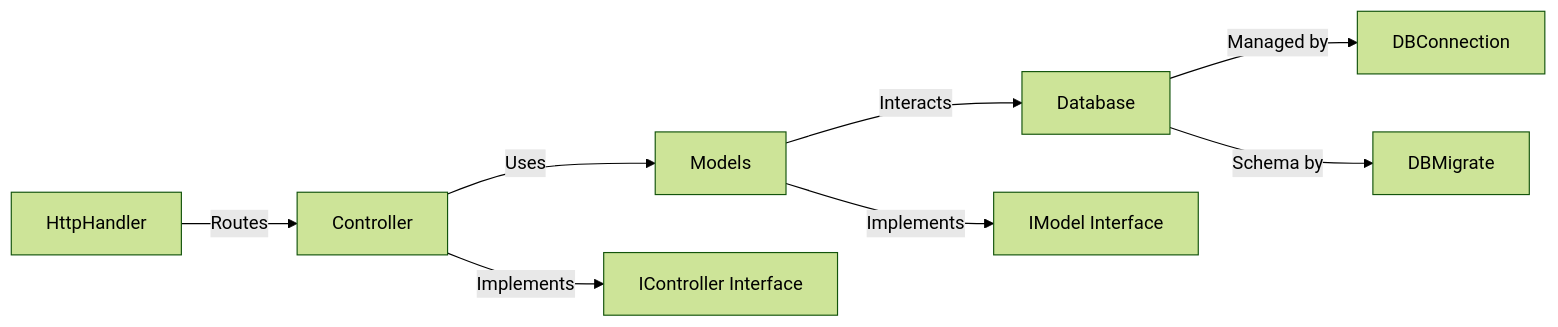
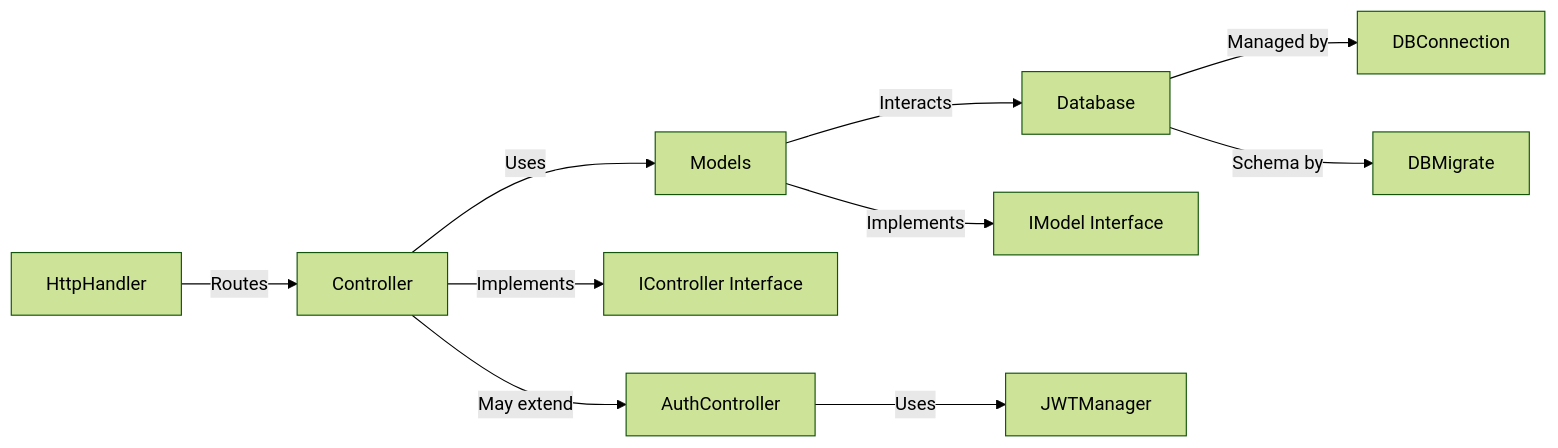
The fifth of 5 diagrams in DOCUMENTATION.md (secure73/MicrosPy), drawn with Mermaid (forest theme) before and after one commit. The commit also changed other lines of this file and 8 other files, not shown here.

````diff
--- a/DOCUMENTATION.md
+++ b/DOCUMENTATION.md
@@ -557,10 +780,12 @@
 ```mermaid
 graph LR
     A[HttpHandler] -->|Routes| B[Controller]
     B -->|Uses| C[Models]
     C -->|Interacts| D[Database]
     B -->|Implements| E[IController Interface]
-    C -->|Implements| F[IModel Interface]
-    D -->|Managed by| G[DBConnection]
-    D -->|Schema by| H[DBMigrate]
+    B -->|May extend| F[AuthController]
+    F -->|Uses| G[JWTManager]
+    C -->|Implements| H[IModel Interface]
+    D -->|Managed by| I[DBConnection]
+    D -->|Schema by| J[DBMigrate]
 ```
````
